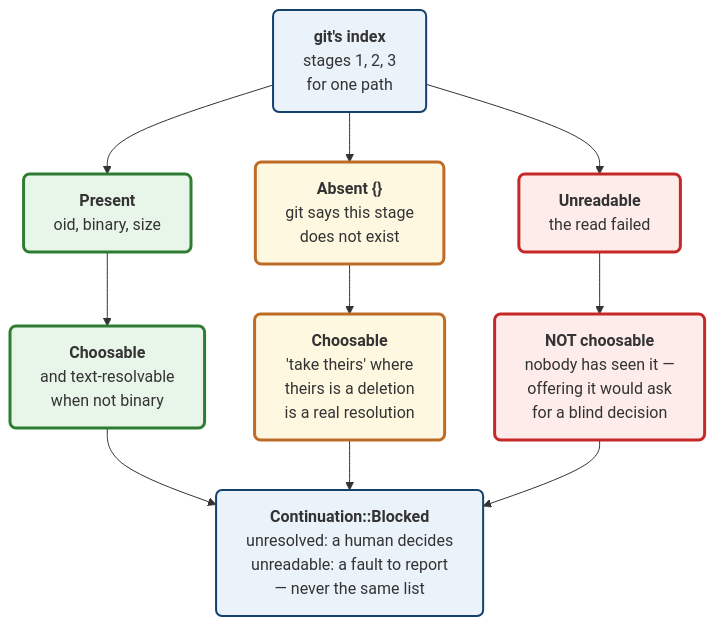
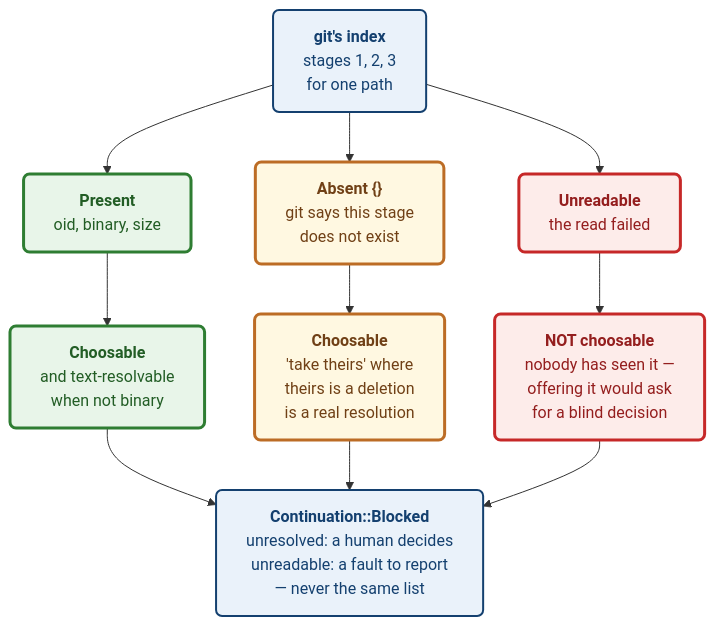
Before and after one commit to tom2025b/git-vista: the diagram in docs/adr/0063-one-conflict-model-for-six-operations.md, drawn with Mermaid. The commit also changed 21 other files, not shown here.

````diff
--- a/docs/adr/0063-one-conflict-model-for-six-operations.md
+++ b/docs/adr/0063-one-conflict-model-for-six-operations.md
@@ -108,57 +108,40 @@
 ```mermaid
 ---
 config:
   flowchart:
     wrappingWidth: 430
 ---
 flowchart TD
-    IDX["`**git's index**
-    stages 1, 2, 3
-    for one path`"]
+    IDX["<b>git's index</b><br/>stages 1, 2, 3<br/>for one path"]
 
-    P["`**Present**
-    oid, binary, size`"]
-    A["`**Absent {}**
-    git says this stage
-    does not exist`"]
-    U["`**Unreadable**
-    the read failed`"]
+    P["<b>Present</b><br/>oid, binary, size"]
+    A["<b>Absent {}</b><br/>git says this stage<br/>does not exist"]
+    U["<b>Unreadable</b><br/>the read failed"]
 
-    PC["`**Choosable**
-    and text-resolvable
-    when not binary`"]
-    AC["`**Choosable**
-    'take theirs' where
-    theirs is a deletion
-    is a real resolution`"]
-    UC["`**NOT choosable**
-    nobody has seen it —
-    offering it would ask
-    for a blind decision`"]
+    PC["<b>Choosable</b><br/>and text-resolvable<br/>when not binary"]
+    AC["<b>Choosable</b><br/>'take theirs' where<br/>theirs is a deletion<br/>is a real resolution"]
+    UC["<b>NOT choosable</b><br/>nobody has seen it —<br/>offering it would ask<br/>for a blind decision"]
 
-    GATE["`**Continuation::Blocked**
-    unresolved: a human decides
-    unreadable: a fault to report
-    — never the same list`"]
+    GATE["<b>Continuation::Blocked</b><br/>unresolved: a human decides<br/>unreadable: a fault to report<br/>— never the same list"]
 
     IDX --> P
     IDX --> A
     IDX --> U
     P --> PC
     A --> AC
     U --> UC
     PC --> GATE
     AC --> GATE
     UC --> GATE
 
-    classDef idx fill:#eaf2fa,stroke:#14406f,stroke-width:2px,rx:6,ry:6
-    classDef good fill:#e8f5e9,stroke:#2e7d32,stroke-width:3px,rx:6,ry:6
-    classDef mid fill:#fff8e1,stroke:#bc6c25,stroke-width:3px,rx:6,ry:6
-    classDef bad fill:#fdecea,stroke:#c62828,stroke-width:3px,rx:6,ry:6
+    classDef idx fill:#eaf2fa,stroke:#14406f,stroke-width:2px,rx:6,ry:6,color:#14406f
+    classDef good fill:#e8f5e9,stroke:#2e7d32,stroke-width:3px,rx:6,ry:6,color:#225d25
+    classDef mid fill:#fff8e1,stroke:#bc6c25,stroke-width:3px,rx:6,ry:6,color:#704016
+    classDef bad fill:#fdecea,stroke:#c62828,stroke-width:3px,rx:6,ry:6,color:#941e1e
 
     class IDX idx
     class P,PC good
     class A,AC mid
     class U,UC bad
     class GATE idx
 ```
````
